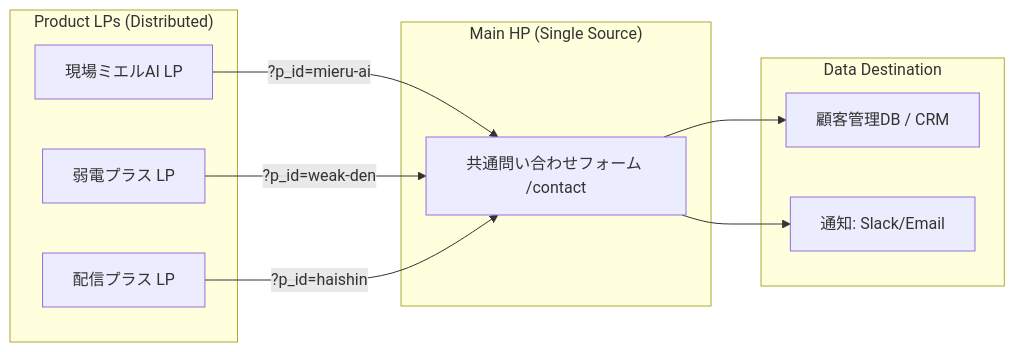
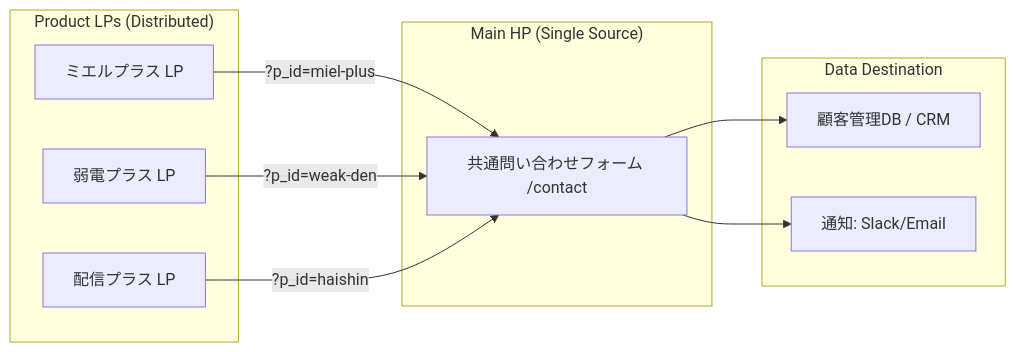
Before and after one commit to watchout/wbs: the second of 2 diagrams in docs/IYASAKA_BRAND_MASTER_PROTOCOL.md, drawn with Mermaid. The commit also changed other lines of this file and 6 other files, not shown here.

First line of the commit message:
refactor: 製品総合名称を「現場ミエルAI」から「ミエルプラス」に変更

````diff
--- a/docs/IYASAKA_BRAND_MASTER_PROTOCOL.md
+++ b/docs/IYASAKA_BRAND_MASTER_PROTOCOL.md
@@ -157,23 +157,23 @@
 ```mermaid
 graph LR
     subgraph "Product LPs (Distributed)"
-        LP_A[現場ミエルAI LP]
+        LP_A[ミエルプラス LP]
         LP_B[弱電プラス LP]
         LP_C[配信プラス LP]
     end
 
     subgraph "Main HP (Single Source)"
         Form[共通問い合わせフォーム /contact]
     end
 
     subgraph "Data Destination"
         CRM[顧客管理DB / CRM]
         Notify[通知: Slack/Email]
     end
 
-    LP_A -- "?p_id=mieru-ai" --> Form
+    LP_A -- "?p_id=miel-plus" --> Form
     LP_B -- "?p_id=weak-den" --> Form
     LP_C -- "?p_id=haishin" --> Form
     Form --> CRM
     Form --> Notify
 ```
````
